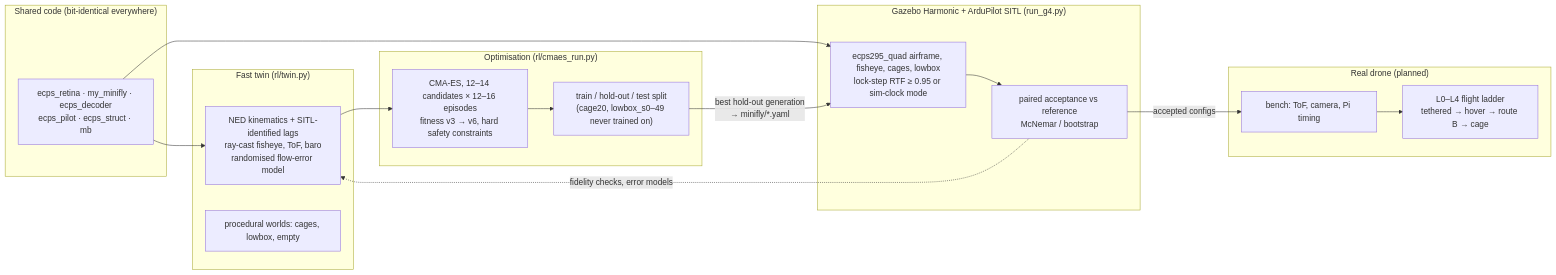
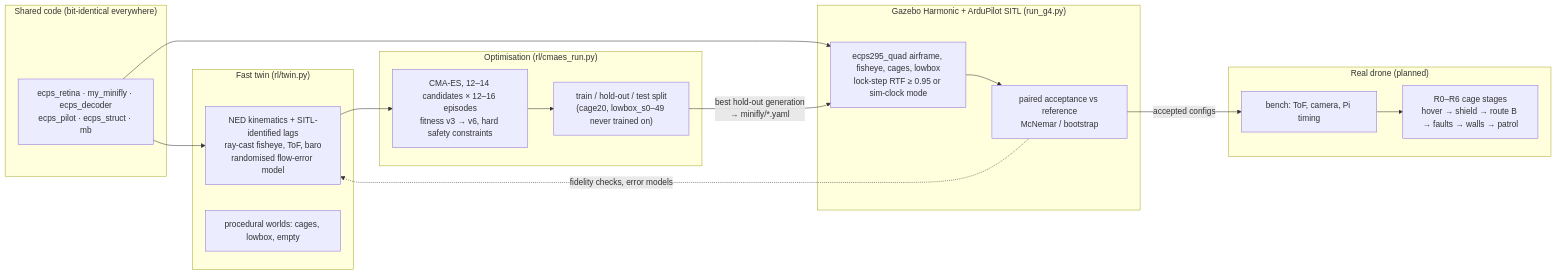
Before and after one commit to jiewent1-cmyk/FlyDrones: the tenth of 11 diagrams in ecps295/docs/ARCHITECTURE.md, drawn with Mermaid. The commit also changed other lines of this file and 8 other files, not shown here.

````diff
--- a/ecps295/docs/ARCHITECTURE.md
+++ b/ecps295/docs/ARCHITECTURE.md
@@ -551,32 +554,32 @@
 ```mermaid
 flowchart LR
   subgraph CODE["Shared code (bit-identical everywhere)"]
     RT["ecps_retina · my_minifly · ecps_decoder<br/>ecps_pilot · ecps_struct · mb"]
   end
 
   subgraph TWIN["Fast twin (rl/twin.py)"]
     T1["NED kinematics + SITL-identified lags<br/>ray-cast fisheye, ToF, baro<br/>randomised flow-error model"]
     T2["procedural worlds: cages, lowbox, empty"]
   end
 
   subgraph OPT["Optimisation (rl/cmaes_run.py)"]
     O1["CMA-ES, 12–14 candidates × 12–16 episodes<br/>fitness v3 → v6, hard safety constraints"]
     O2["train / hold-out / test split<br/>(cage20, lowbox_s0–49 never trained on)"]
   end
 
   subgraph GZ["Gazebo Harmonic + ArduPilot SITL (run_g4.py)"]
     G1["ecps295_quad airframe, fisheye, cages, lowbox<br/>lock-step RTF ≥ 0.95 or sim-clock mode"]
     G2["paired acceptance vs reference<br/>McNemar / bootstrap"]
   end
 
   subgraph HW["Real drone (planned)"]
     H1["bench: ToF, camera, Pi timing"]
-    H2["L0–L4 flight ladder<br/>tethered → hover → route B → cage"]
+    H2["R0–R6 cage stages<br/>hover → shield → route B → faults → walls → patrol"]
   end
 
   RT --> T1
   RT --> G1
   T1 --> O1 --> O2 -->|"best hold-out generation<br/>→ minifly/*.yaml"| G1
   G1 --> G2 -->|"accepted configs"| H1 --> H2
   G2 -.->|"fidelity checks, error models"| T1
 ```
````
